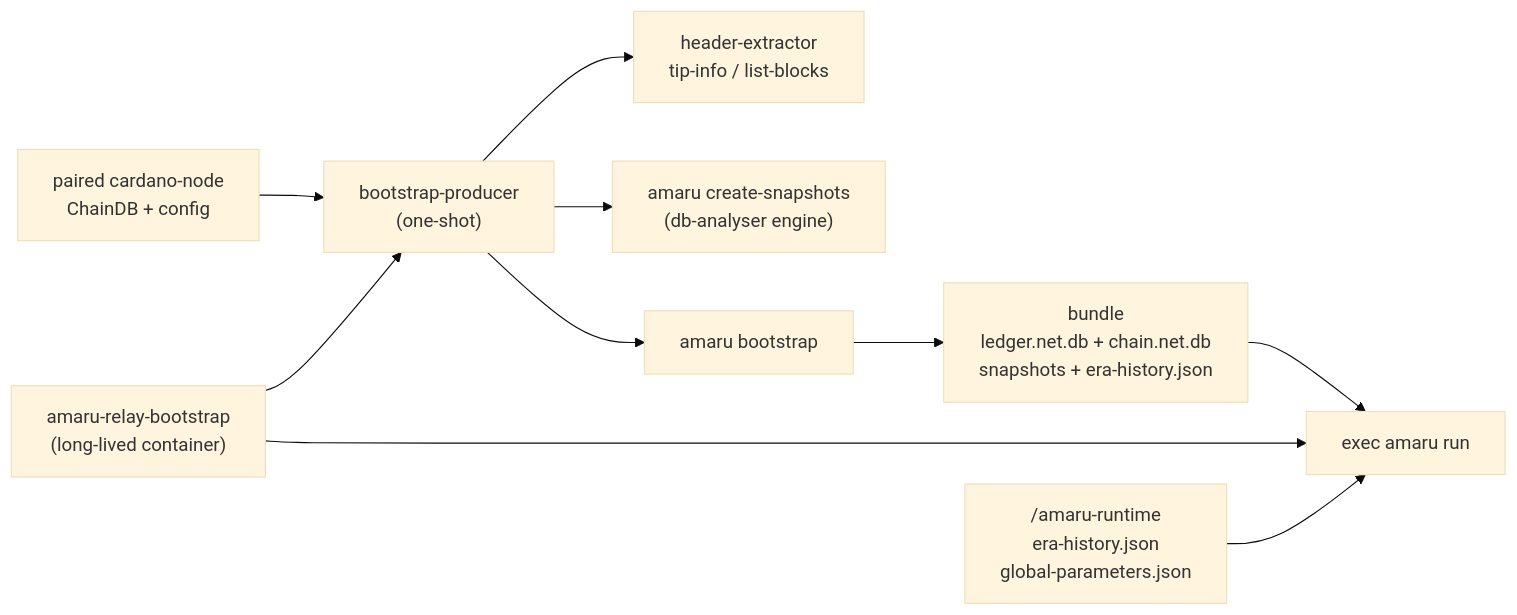
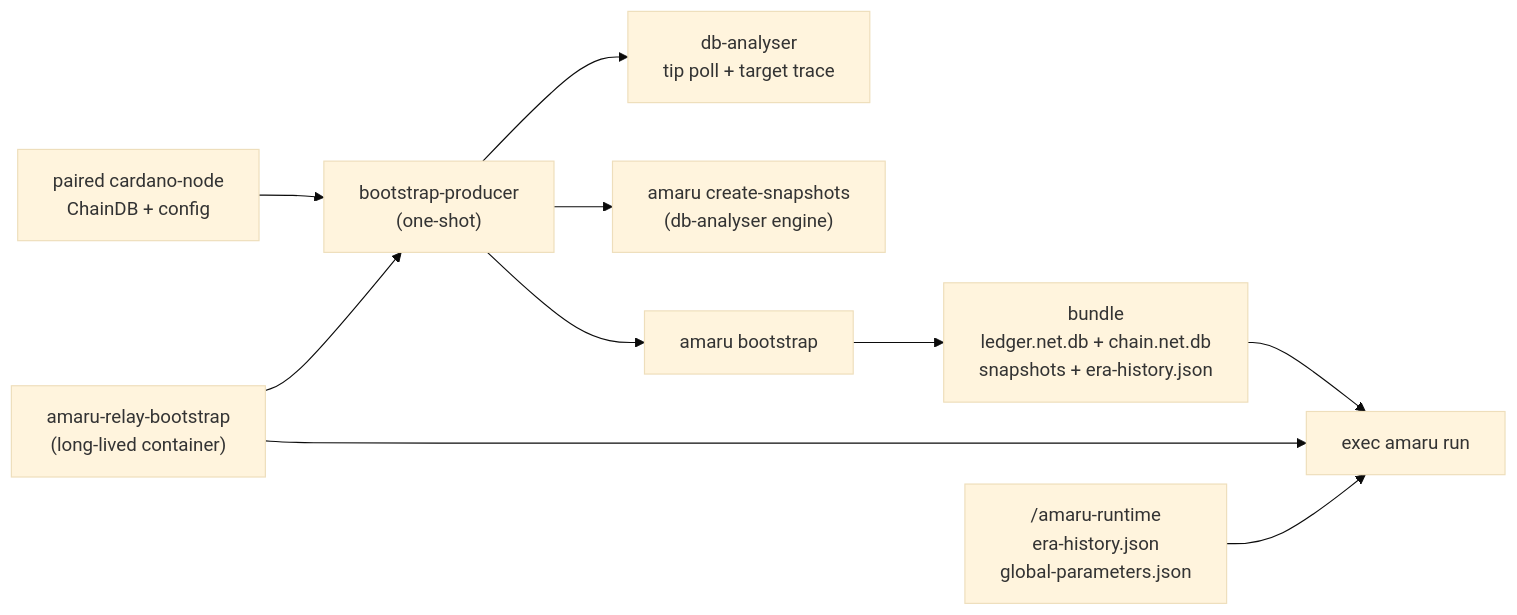
The diagram in README.md (lambdasistemi/amaru-bootstrap), drawn with Mermaid (base theme) before and after one commit. The commit also changed other lines of this file and 6 other files, not shown here.

First line of the commit message:
docs: describe stock db-analyser producer flow

````diff
--- a/README.md
+++ b/README.md
@@ -33,12 +33,12 @@
 ```mermaid
 flowchart LR
     node["paired cardano-node\nChainDB + config"] --> producer["bootstrap-producer\n(one-shot)"]
     relay["amaru-relay-bootstrap\n(long-lived container)"] --> producer
-    producer --> extractor["header-extractor\ntip-info / list-blocks"]
+    producer --> analyser["db-analyser\ntip poll + target trace"]
     producer --> snaps["amaru create-snapshots\n(db-analyser engine)"]
     producer --> boot["amaru bootstrap"]
     boot --> bundle["bundle\nledger.net.db + chain.net.db\nsnapshots + era-history.json"]
     bundle --> run["exec amaru run"]
     relay --> run
     runtime["/amaru-runtime\nera-history.json\nglobal-parameters.json"] --> run
 ```
````
